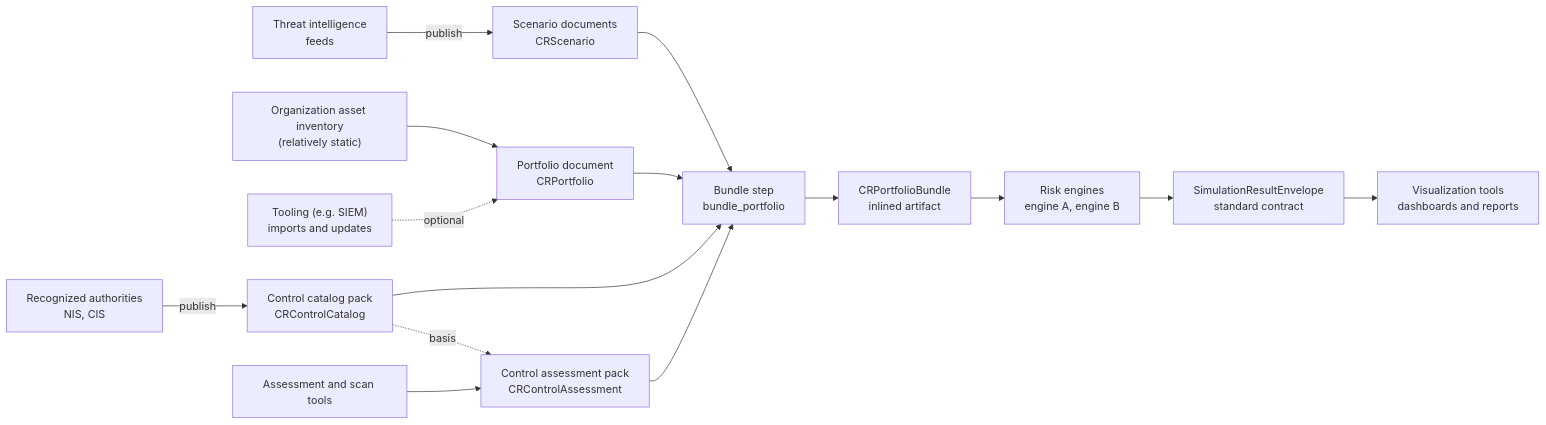
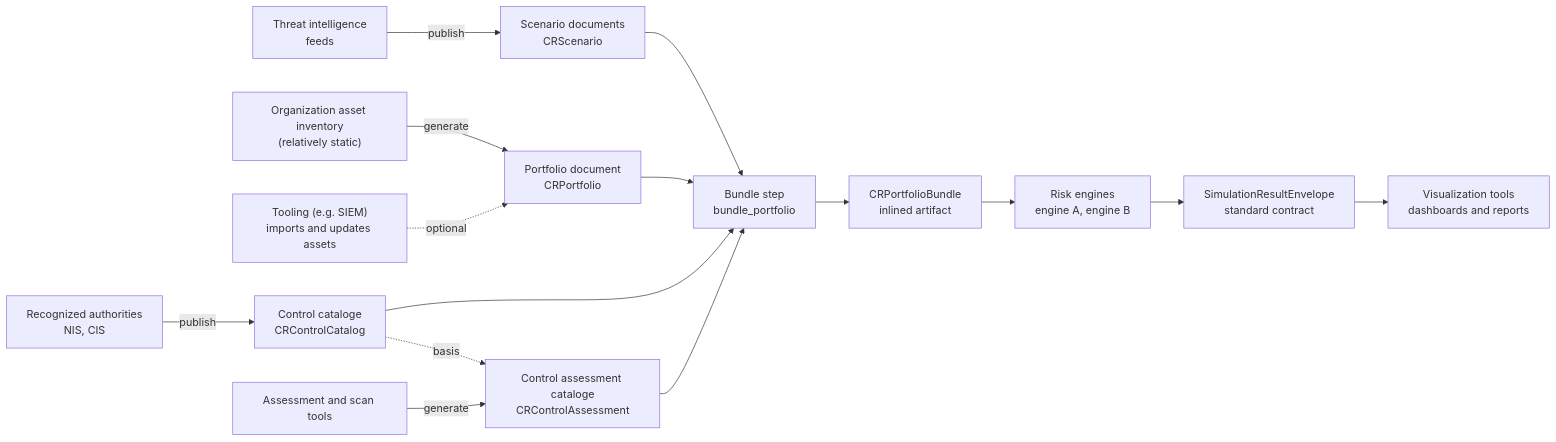
Before and after one commit to Faux16/crml: the second of 2 diagrams in wiki/Concepts/Architecture.md, drawn with Mermaid. The commit also changed 24 other files, not shown here.

````diff
--- a/wiki/Concepts/Architecture.md
+++ b/wiki/Concepts/Architecture.md
@@ -53,23 +53,23 @@
 ```mermaid
 flowchart LR
     TI["Threat intelligence<br/>feeds"] -->|publish| S["Scenario documents<br/>CRScenario"]
 
-    ORG["Organization asset inventory<br/>(relatively static)"] --> P["Portfolio document<br/>CRPortfolio"]
-    TOOL["Tooling (e.g. SIEM)<br/>imports and updates"] -.->|optional| P
+    ORG["Organization asset inventory<br/>(relatively static)"] -->|generate| P["Portfolio document<br/>CRPortfolio"]
+    TOOL["Tooling (e.g. SIEM)<br/>imports and updates assets"] -.->|optional| P
 
-    AUTH["Recognized authorities<br/>NIS, CIS"] -->|publish| CC["Control catalog pack<br/>CRControlCatalog"]
-    SCAN["Assessment and scan tools"] --> CA["Control assessment pack<br/>CRControlAssessment"]
+    AUTH["Recognized authorities<br/>NIS, CIS"] -->|publish| CC["Control cataloge<br/>CRControlCatalog"]
+    SCAN["Assessment and scan tools"] -->|generate| CA["Control assessment cataloge<br/>CRControlAssessment"]
 
     CC -.->|basis| CA
 
     S --> B["Bundle step<br/>bundle_portfolio"]
     P --> B
     CC --> B
     CA --> B
 
     B --> PB["CRPortfolioBundle<br/>inlined artifact"]
 
     PB --> ENG["Risk engines<br/>engine A, engine B"]
     ENG --> OUT["SimulationResultEnvelope<br/>standard contract"]
     OUT --> VIZ["Visualization tools<br/>dashboards and reports"]
 ```
````
